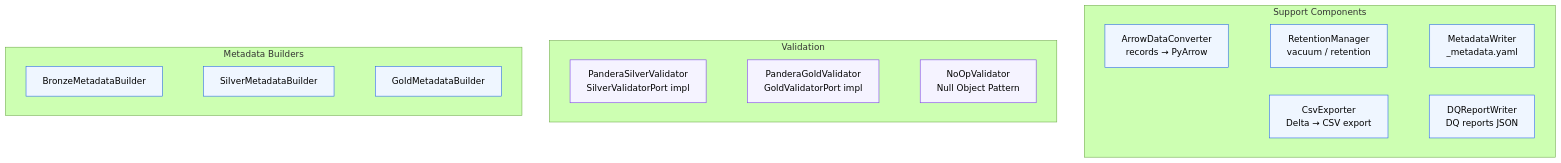
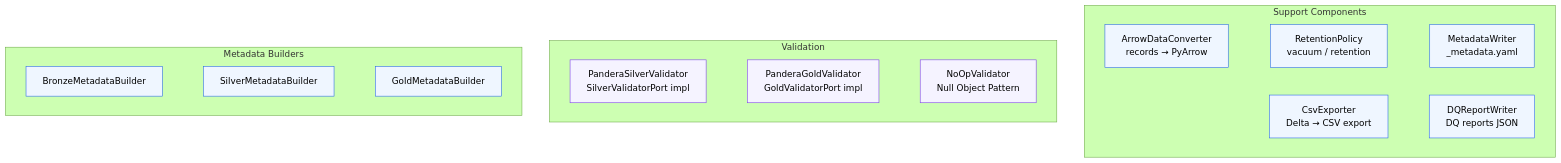
Before and after one commit to SatoryKono/BioactivityDataAcquisition: the diagram in docs/02-architecture/mmd-diagrams/architecture/06b-storage-support.mmd, drawn with Mermaid (forest theme). The commit also changed 37 other files, not shown here.

```diff
--- a/docs/02-architecture/mmd-diagrams/architecture/06b-storage-support.mmd
+++ b/docs/02-architecture/mmd-diagrams/architecture/06b-storage-support.mmd
@@ -1,45 +1,45 @@
 %% BioETL — Storage Support Components
 %% Support utilities, validators, and metadata builders for the storage layer.
 
 %% @version 1.0.0
 %% @date    2026-02-27
 %% @type    flowchart
 %% @level   System / Component
 %% @view    storage-support
 %% @parent  06-storage-layer.mmd
 %% @nodes   11
 
 graph TB
 %% keep-orphan: DQW, NOV
     subgraph Support["Support Components"]
         AC["ArrowDataConverter<br/>records → PyArrow"]:::size-sm
-        RM["RetentionManager<br/>vacuum / retention"]:::size-sm
+        RM["RetentionPolicy<br/>vacuum / retention"]:::size-sm
         MW["MetadataWriter<br/>_metadata.yaml"]:::size-sm
         CSV["CsvExporter<br/>Delta → CSV export"]:::size-sm
         DQW["DQReportWriter<br/>DQ reports JSON"]:::size-sm
     end
 
     subgraph Validation["Validation"]
         PSV["PanderaSilverValidator<br/>SilverValidatorPort impl"]:::size-sm
         PGV["PanderaGoldValidator<br/>GoldValidatorPort impl"]:::size-sm
         NOV["NoOpValidator<br/>Null Object Pattern"]:::size-sm
     end
 
     subgraph Metadata["Metadata Builders"]
         BMB["BronzeMetadataBuilder"]:::size-sm
         SMB["SilverMetadataBuilder"]:::size-sm
         GMB["GoldMetadataBuilder"]:::size-sm
     end
 
     %% Layout hints (no data edges — independent components)
     AC ~~~ RM ~~~ MW
     CSV ~~~ DQW
     PSV ~~~ PGV ~~~ NOV
     BMB ~~~ SMB ~~~ GMB
 
     classDef storage fill:#eff6ff,stroke:#2563eb
     classDef service fill:#f5f3ff,stroke:#7c3aed
 
     class AC,RM,MW,CSV,DQW storage
     class PSV,PGV,NOV service
     class BMB,SMB,GMB storage
```
